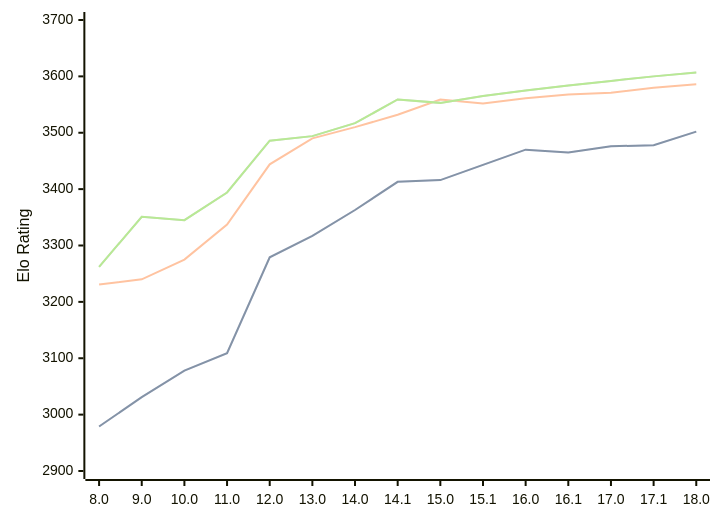
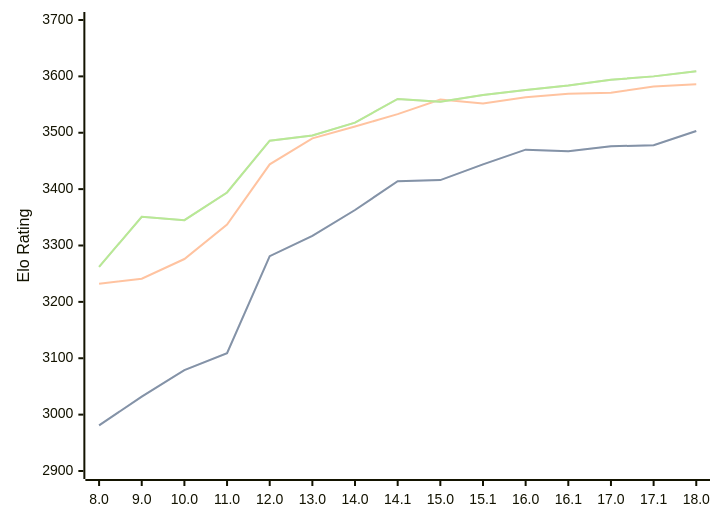
The diagram in engines/Stockfish.md (computer-chess-index/cci), drawn with Mermaid before and after one commit. The commit also changed other lines of this file, not shown here.

Commit message:
Update CCI Ratings (ELO VLTC) - 2026-08-19

````diff
--- a/engines/Stockfish.md
+++ b/engines/Stockfish.md
@@ -45,11 +45,11 @@
 ```mermaid
 %%{init: {"theme":"base","themeVariables":{"seriesColors:['#a3a3a3','#222221','#faa371']}}}%%
 xychart-beta
   x-axis ["8.0", "9.0", "10.0", "11.0", "12.0", "13.0", "14.0", "14.1", "15.0", "15.1", "16.0", "16.1", "17.0", "17.1", "18.0"]
   y-axis "Elo Rating" 2900 --> 3700
-  line "STC (8.0+0.08s)" [2979, 3031, 3078, 3109, 3279, 3317, 3363, 3413, 3416, 3443, 3470, 3465, 3476, 3478, 3502]
-  line "STC (8.0+0.08s)" [2979, 3031, 3078, 3109, 3279, 3317, 3363, 3413, 3416, 3443, 3470, 3465, 3476, 3478, 3502]
-  line "LTC (60.0+0.60s)" [3231, 3240, 3275, 3337, 3444, 3490, 3510, 3532, 3559, 3552, 3561, 3568, 3571, 3580, 3586]
-  line "VLTC (2m24s+1.12s)" [3262, 3351, 3345, 3394, 3486, 3494, 3517, 3559, 3553, 3565, 3575, 3584, 3592, 3600, 3607]
-  line "VLTC (2m24s+1.12s)" [3262, 3351, 3345, 3394, 3486, 3494, 3517, 3559, 3553, 3565, 3575, 3584, 3592, 3600, 3607]
+  line "STC (8.0+0.08s)" [2981, 3032, 3079, 3109, 3281, 3317, 3363, 3414, 3416, 3444, 3470, 3467, 3476, 3478, 3503]
+  line "STC (8.0+0.08s)" [2981, 3032, 3079, 3109, 3281, 3317, 3363, 3414, 3416, 3444, 3470, 3467, 3476, 3478, 3503]
+  line "LTC (60.0+0.60s)" [3232, 3241, 3276, 3337, 3444, 3490, 3511, 3533, 3559, 3552, 3563, 3569, 3571, 3582, 3586]
+  line "VLTC (2m24s+1.12s)" [3262, 3351, 3345, 3394, 3486, 3495, 3518, 3560, 3555, 3567, 3576, 3584, 3594, 3600, 3609]
+  line "VLTC (2m24s+1.12s)" [3262, 3351, 3345, 3394, 3486, 3495, 3518, 3560, 3555, 3567, 3576, 3584, 3594, 3600, 3609]
 ```
````
